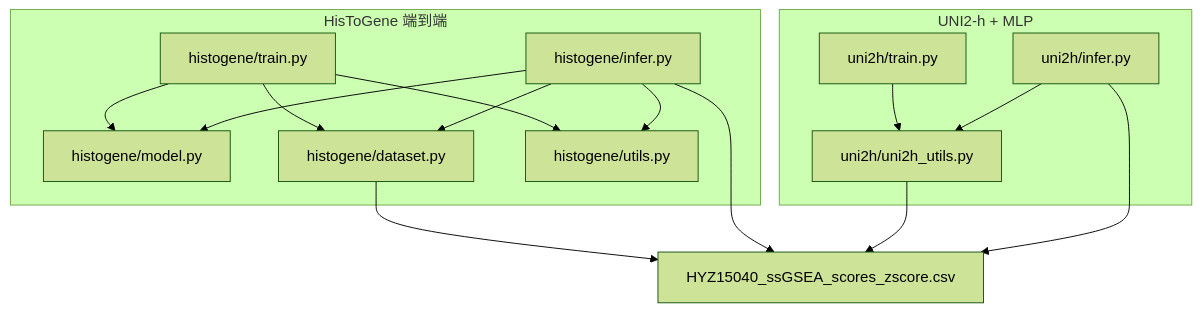
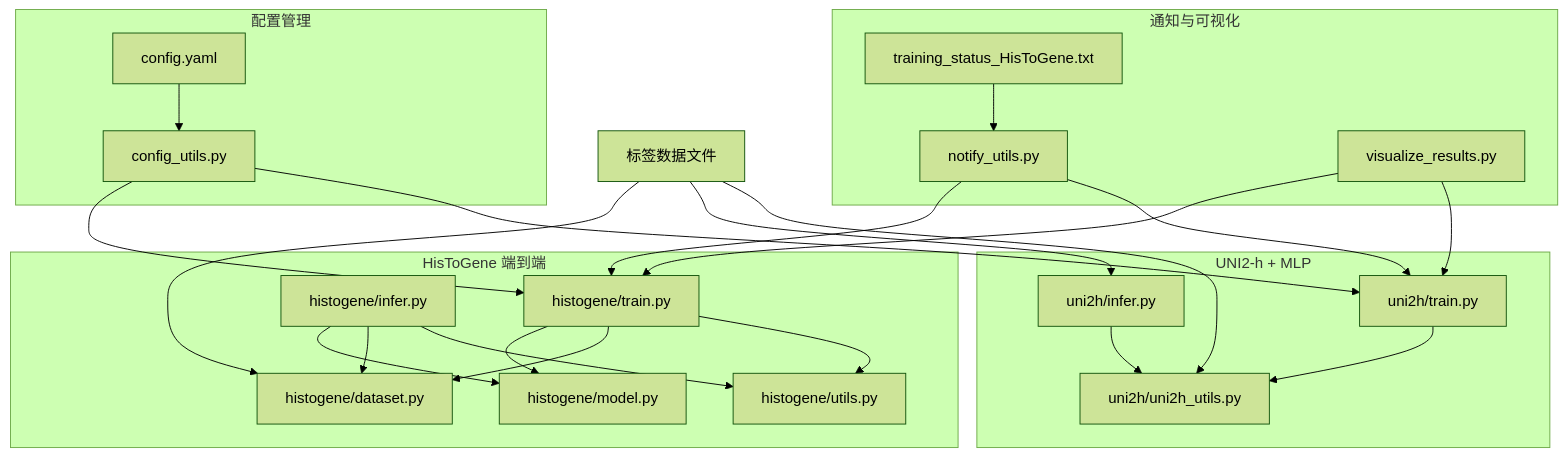
Before and after one commit to qzs610038-star/AI-esophagus-cancer-basedon-HF-HT: the first of 6 diagrams in .qoder/repowiki/zh/content/训练系统/训练系统.md, drawn with Mermaid (forest theme). The commit also changed other lines of this file and 14 other files, not shown here.

````diff
--- a/.qoder/repowiki/zh/content/训练系统/训练系统.md
+++ b/.qoder/repowiki/zh/content/训练系统/训练系统.md
@@ -51,28 +70,44 @@
 ```mermaid
 graph TB
+subgraph "配置管理"
+CFG["config.yaml"]
+CU["config_utils.py"]
+end
 subgraph "HisToGene 端到端"
 HTT["histogene/train.py"]
 HTM["histogene/model.py"]
 HTD["histogene/dataset.py"]
 HTU["histogene/utils.py"]
 HTI["histogene/infer.py"]
 end
 subgraph "UNI2-h + MLP"
 UTT["uni2h/train.py"]
 UUU["uni2h/uni2h_utils.py"]
 UIT["uni2h/infer.py"]
 end
-DATA["HYZ15040_ssGSEA_scores_zscore.csv"]
+subgraph "通知与可视化"
+NU["notify_utils.py"]
+VR["visualize_results.py"]
+TS["training_status_HisToGene.txt"]
+end
+DATA["标签数据文件"]
+CFG --> CU
+CU --> HTT
+CU --> UTT
 HTT --> HTM
 HTT --> HTD
 HTT --> HTU
 HTI --> HTM
 HTI --> HTD
 HTI --> HTU
 UTT --> UUU
 UIT --> UUU
-HTD --> DATA
-HTI --> DATA
-UUU --> DATA
-UIT --> DATA
+NU --> HTT
+NU --> UTT
+VR --> HTT
+VR --> UTT
+DATA --> HTD
+DATA --> UIT
+DATA --> UUU
+TS --> NU
 ```
````
